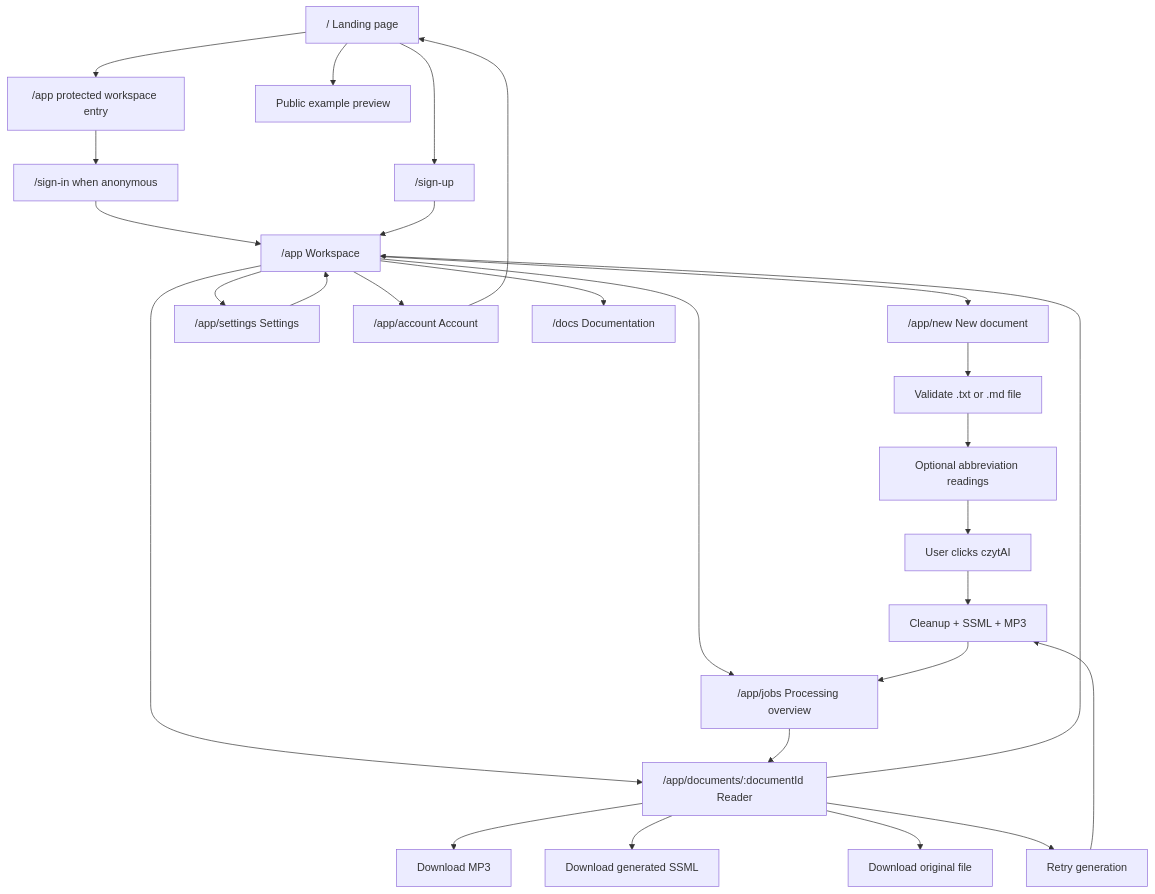
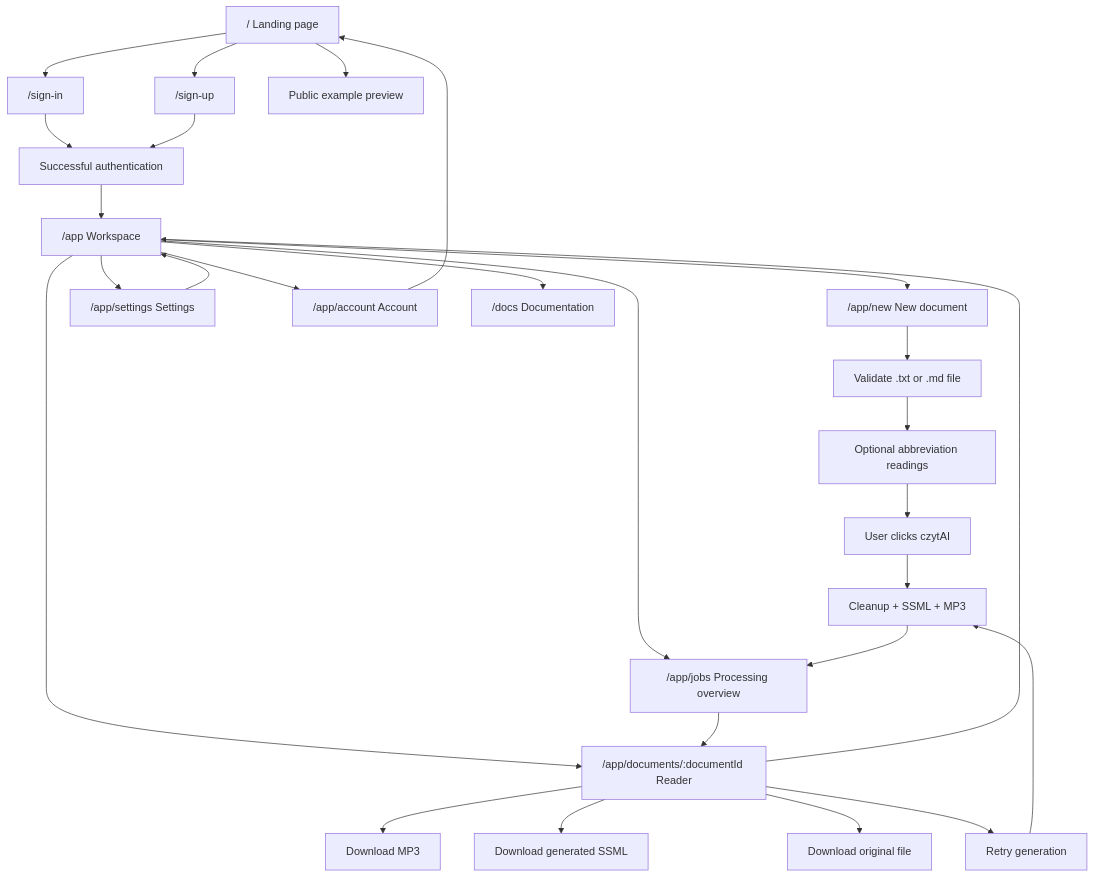
One commit to szmydlo98/przeczytai.me changed the first of 3 diagrams in docs/przeczytajmi-screen-architecture.md. Above: the diagram before and after it, drawn with Mermaid. The commit also changed other lines of this file, not shown here.

Commit message:
Clarify post-auth app redirect

````diff
--- a/docs/przeczytajmi-screen-architecture.md
+++ b/docs/przeczytajmi-screen-architecture.md
@@ -36,34 +36,34 @@
 ```mermaid
 flowchart TD
-    Landing["/ Landing page"] --> AppEntry["/app protected workspace entry"]
-    AppEntry --> SignIn["/sign-in when anonymous"]
+    Landing["/ Landing page"] --> SignIn["/sign-in"]
     Landing --> SignUp["/sign-up"]
     Landing --> Demo["Public example preview"]
 
-    SignIn --> Workspace["/app Workspace"]
-    SignUp --> Workspace
+    SignIn --> AuthSuccess["Successful authentication"]
+    SignUp --> AuthSuccess
+    AuthSuccess --> Workspace["/app Workspace"]
 
     Workspace --> NewDoc["/app/new New document"]
     Workspace --> Reader["/app/documents/:documentId Reader"]
     Workspace --> Jobs["/app/jobs Processing overview"]
     Workspace --> Settings["/app/settings Settings"]
     Workspace --> Account["/app/account Account"]
     Workspace --> Docs["/docs Documentation"]
 
     NewDoc --> UploadValidate["Validate .txt or .md file"]
     UploadValidate --> Abbreviations["Optional abbreviation readings"]
     Abbreviations --> Start["User clicks czytAI"]
     Start --> AutoProcess["Cleanup + SSML + MP3"]
     AutoProcess --> Jobs
     Jobs --> Reader
 
     Reader --> DownloadMP3["Download MP3"]
     Reader --> DownloadSSML["Download generated SSML"]
     Reader --> DownloadOriginal["Download original file"]
     Reader --> Retry["Retry generation"]
     Retry --> AutoProcess
     Reader --> Workspace
 
     Settings --> Workspace
     Account --> Landing
 ```
````
